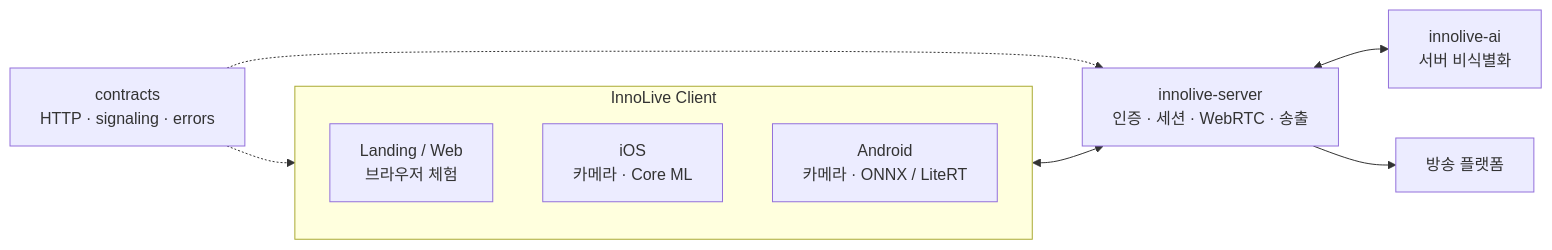
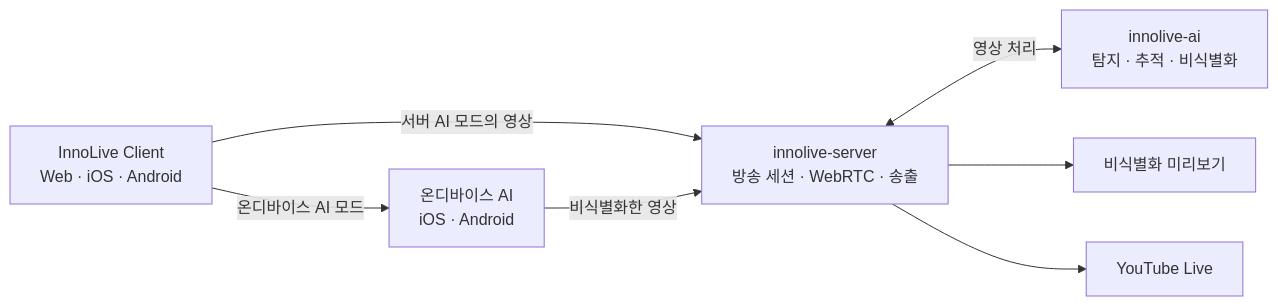
One commit to team-framework/innolive-client changed the diagram in README.md. Above: the diagram before and after it, drawn with Mermaid. The commit also changed other lines of this file, not shown here.

````diff
--- a/README.md
+++ b/README.md
@@ -61,19 +29,16 @@
 ```mermaid
 flowchart LR
-    subgraph Clients[InnoLive Client]
-        Landing[Landing / Web\n브라우저 체험]
-        iOS[iOS\n카메라 · Core ML]
-        Android[Android\n카메라 · ONNX / LiteRT]
-    end
+    Client["InnoLive Client<br>Web · iOS · Android"]
+    LocalAI["온디바이스 AI<br>iOS · Android"]
+    Server["innolive-server<br>방송 세션 · WebRTC · 송출"]
+    AI["innolive-ai<br>탐지 · 추적 · 비식별화"]
+    Preview["비식별화 미리보기"]
+    YouTube["YouTube Live"]
 
-    Contracts[contracts\nHTTP · signaling · errors]
-    Server[innolive-server\n인증 · 세션 · WebRTC · 송출]
-    AI[innolive-ai\n서버 비식별화]
-    Platforms[방송 플랫폼]
-
-    Clients <--> Server
-    Contracts -.-> Clients
-    Contracts -.-> Server
-    Server <--> AI
-    Server --> Platforms
+    Client -->|"서버 AI 모드의 영상"| Server
+    Server <-->|"영상 처리"| AI
+    Client -->|"온디바이스 AI 모드"| LocalAI
+    LocalAI -->|"비식별화한 영상"| Server
+    Server --> Preview
+    Server --> YouTube
 ```
````
